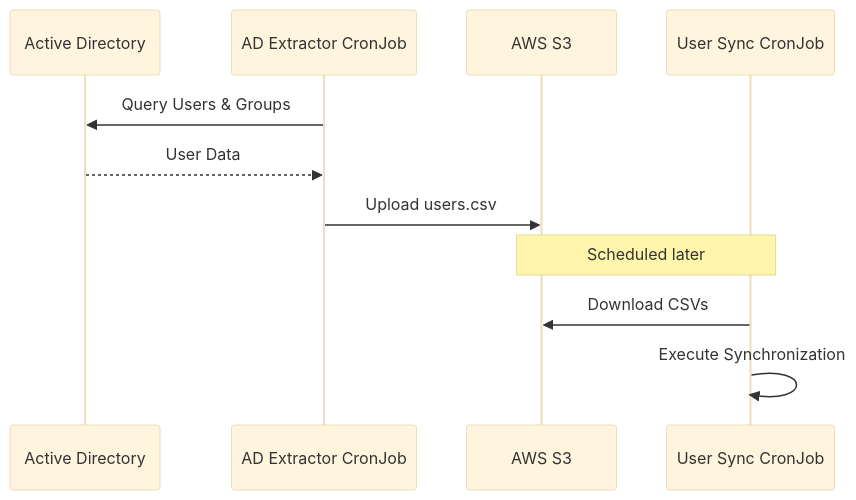
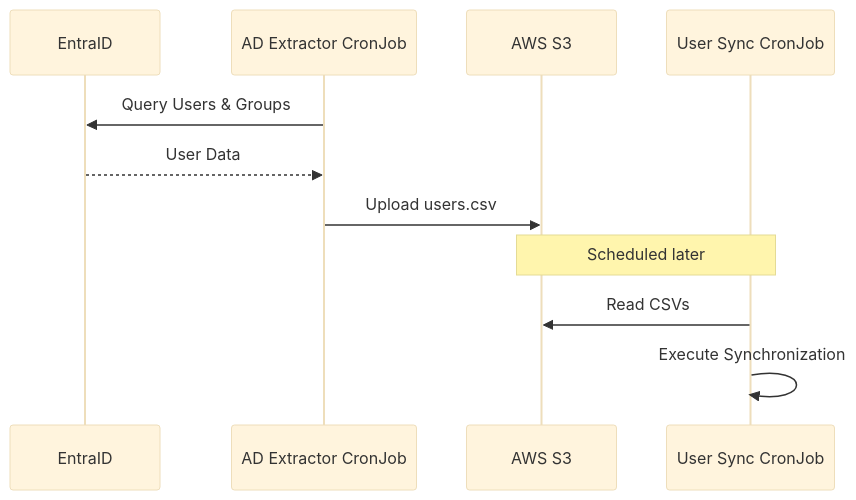
Before and after one commit to kwik-e-mart/aro-sync-users-ad: the second of 2 diagrams in docs/technical_proposal.md, drawn with Mermaid (base theme). The commit also changed other lines of this file and 1 other file, not shown here.

````diff
--- a/docs/technical_proposal.md
+++ b/docs/technical_proposal.md
@@ -94,15 +100,15 @@
 ```mermaid
 sequenceDiagram
-    participant AD as Active Directory
+    participant AD as EntraID
     participant Extractor as AD Extractor CronJob
     participant S3 as AWS S3
     participant Sync as User Sync CronJob
 
     Extractor->>AD: Query Users & Groups
     AD-->>Extractor: User Data
     Extractor->>S3: Upload users.csv
     
     Note over S3, Sync: Scheduled later
-    Sync->>S3: Download CSVs
+    Sync->>S3: Read CSVs
     Sync->>Sync: Execute Synchronization
 ```
````
